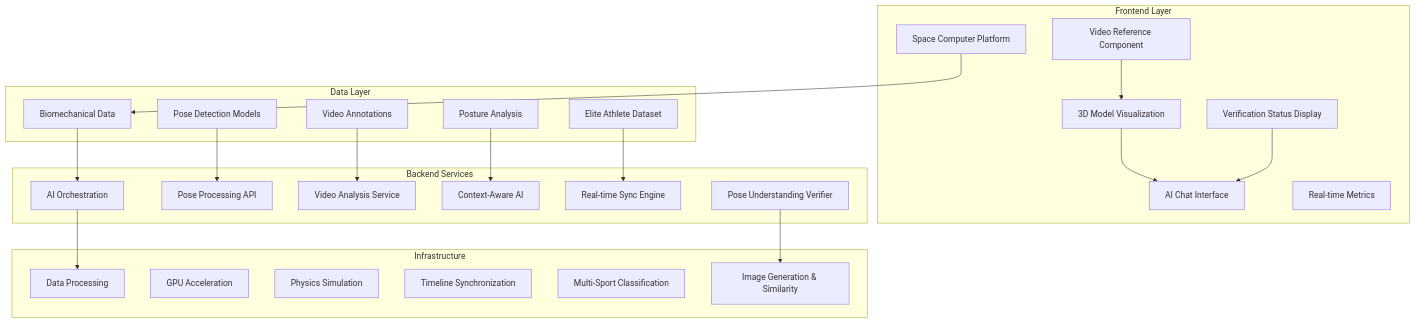
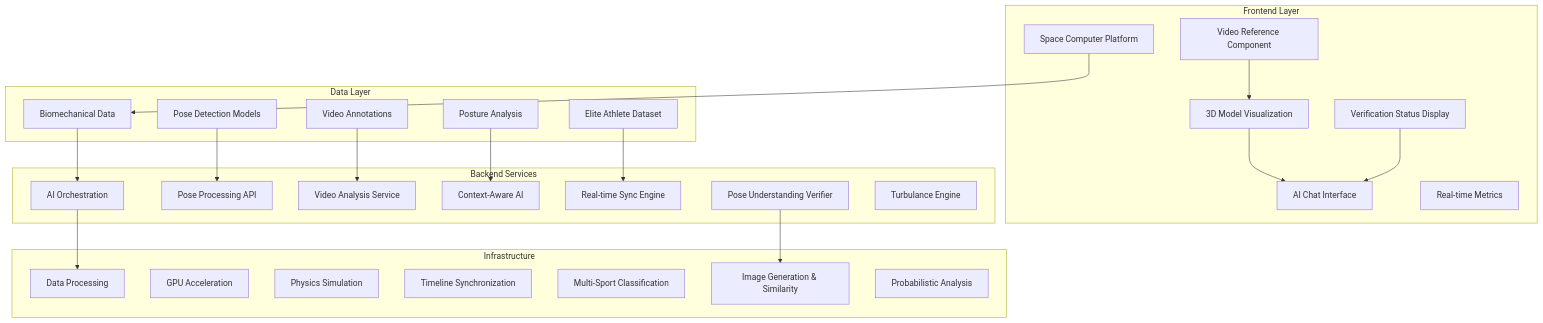
One commit to fullscreen-triangle/space-computer changed the diagram in README.md. Above: the diagram before and after it, drawn with Mermaid. The commit also changed other lines of this file, not shown here.

Commit message:
turbulance integration

````diff
--- a/README.md
+++ b/README.md
@@ -39,49 +40,51 @@
 ```mermaid
 graph TB
     subgraph "Frontend Layer"
         A[Space Computer Platform]
         A1[Video Reference Component]
         A2[3D Model Visualization]
         A3[AI Chat Interface]
         A4[Real-time Metrics]
         A5[Verification Status Display]
     end
     
     subgraph "Data Layer" 
         B[Biomechanical Data]
         B1[Pose Detection Models]
         B2[Video Annotations]
         B3[Posture Analysis]
         B4[Elite Athlete Dataset]
     end
     
     subgraph "Backend Services"
         C[AI Orchestration]
         C1[Pose Processing API]
         C2[Video Analysis Service]
         C3[Context-Aware AI]
         C4[Real-time Sync Engine]
         C5[Pose Understanding Verifier]
+        C6[Turbulance Engine]
     end
     
     subgraph "Infrastructure"
         D[Data Processing]
         D1[GPU Acceleration]
         D2[Physics Simulation]
         D3[Timeline Synchronization]
         D4[Multi-Sport Classification]
         D5[Image Generation & Similarity]
+        D6[Probabilistic Analysis]
     end
     
     A --> B
     B --> C
     C --> D
     A1 --> A2
     A2 --> A3
     A5 --> A3
     B1 --> C1
     B2 --> C2
     B3 --> C3
     B4 --> C4
     C5 --> D5
 ```
````
